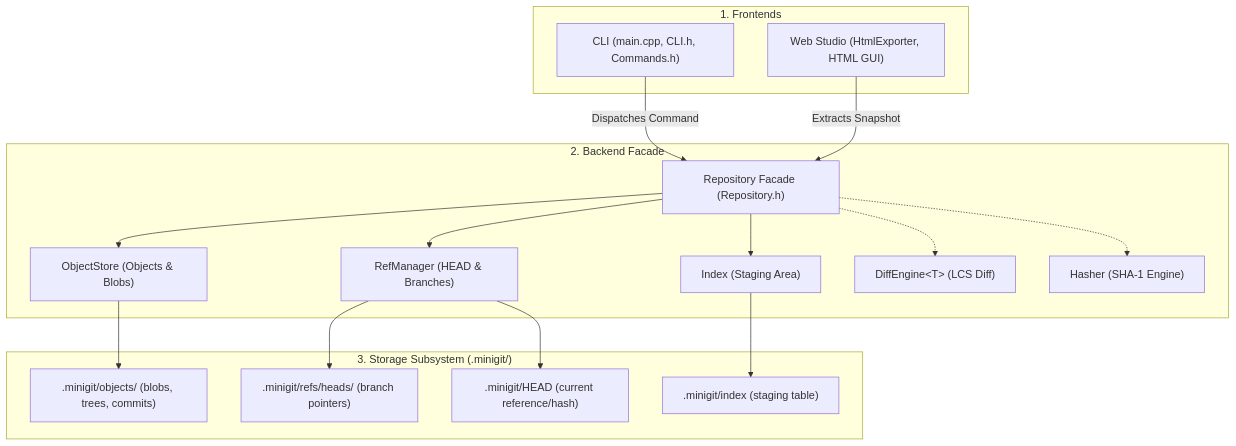
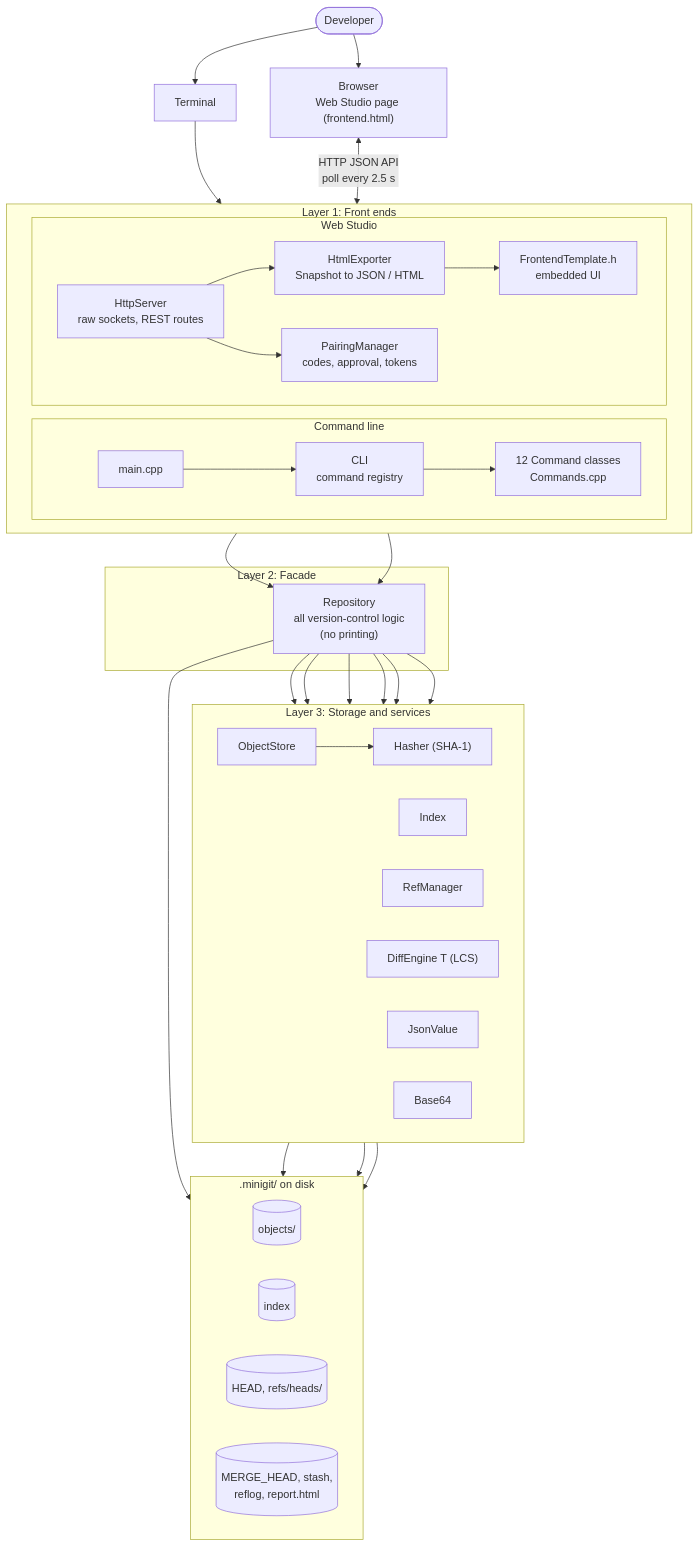
Before and after one commit to tavishchaudhary007/Mini-Git: the first of 12 diagrams in architecture.md, drawn with Mermaid. The commit also changed other lines of this file and 22 other files, not shown here.

Commit message:
update readme.md and architecture.md with diagrams

````diff
--- a/architecture.md
+++ b/architecture.md
@@ -31,35 +32,58 @@
 ```mermaid
-flowchart TD
-    subgraph UI ["1. Frontends"]
-        CLI["CLI (main.cpp, CLI.h, Commands.h)"]
-        HTML["Web Studio (HtmlExporter, HTML GUI)"]
+flowchart TB
+    User(["Developer"])
+    Browser["Browser<br/>Web Studio page (frontend.html)"]
+    Terminal["Terminal"]
+
+    subgraph FE["Layer 1: Front ends"]
+        direction LR
+        subgraph CLIF["Command line"]
+            Main["main.cpp"] --> CLI["CLI<br/>command registry"] --> Cmds["12 Command classes<br/>Commands.cpp"]
+        end
+        subgraph WEB["Web Studio"]
+            Server["HttpServer<br/>raw sockets, REST routes"]
+            Exporter["HtmlExporter<br/>Snapshot to JSON / HTML"]
+            Tmpl["FrontendTemplate.h<br/>embedded UI"]
+            Pair["PairingManager<br/>codes, approval, tokens"]
+        end
     end
 
-    subgraph Core ["2. Backend Facade"]
-        Repo["Repository Facade (Repository.h)"]
-        ObjStore["ObjectStore (Objects & Blobs)"]
-        Idx["Index (Staging Area)"]
-        RefMgr["RefManager (HEAD & Branches)"]
-        DiffEng["DiffEngine&lt;T&gt; (LCS Diff)"]
-        Hasher["Hasher (SHA-1 Engine)"]
+    subgraph CORE["Layer 2: Facade"]
+        Repo["Repository<br/>all version-control logic<br/>(no printing)"]
     end
 
-    subgraph Disk ["3. Storage Subsystem (.minigit/)"]
-        Objects[".minigit/objects/ (blobs, trees, commits)"]
-        Refs[".minigit/refs/heads/ (branch pointers)"]
-        Head[".minigit/HEAD (current reference/hash)"]
-        IndexFile[".minigit/index (staging table)"]
+    subgraph SVC["Layer 3: Storage and services"]
+        direction LR
+        Store["ObjectStore"]
+        Idx["Index"]
+        Refs["RefManager"]
+        Hasher["Hasher (SHA-1)"]
+        Diff["DiffEngine T (LCS)"]
+        Json["JsonValue"]
+        B64["Base64"]
     end
 
-    CLI -->|Dispatches Command| Repo
-    HTML -->|Extracts Snapshot| Repo
-    Repo --> ObjStore
-    Repo --> Idx
-    Repo --> RefMgr
-    Repo -.-> DiffEng
-    Repo -.-> Hasher
-    ObjStore --> Objects
-    RefMgr --> Refs
-    RefMgr --> Head
-    Idx --> IndexFile
+    subgraph DISK[".minigit/ on disk"]
+        direction LR
+        O[("objects/")]
+        I[("index")]
+        H[("HEAD, refs/heads/")]
+        X[("MERGE_HEAD, stash,<br/>reflog, report.html")]
+    end
+
+    User --> Terminal --> Main
+    User --> Browser
+    Browser <-->|"HTTP JSON API<br/>poll every 2.5 s"| Server
+    Server --> Exporter --> Tmpl
+    Server --> Pair
+    Cmds --> Repo
+    Server --> Repo
+    Repo --> Store --> O
+    Repo --> Idx --> I
+    Repo --> Refs --> H
+    Repo --> X
+    Store --> Hasher
+    Repo --> Diff
+    Repo --> Json
+    Repo --> B64
 ```
````
